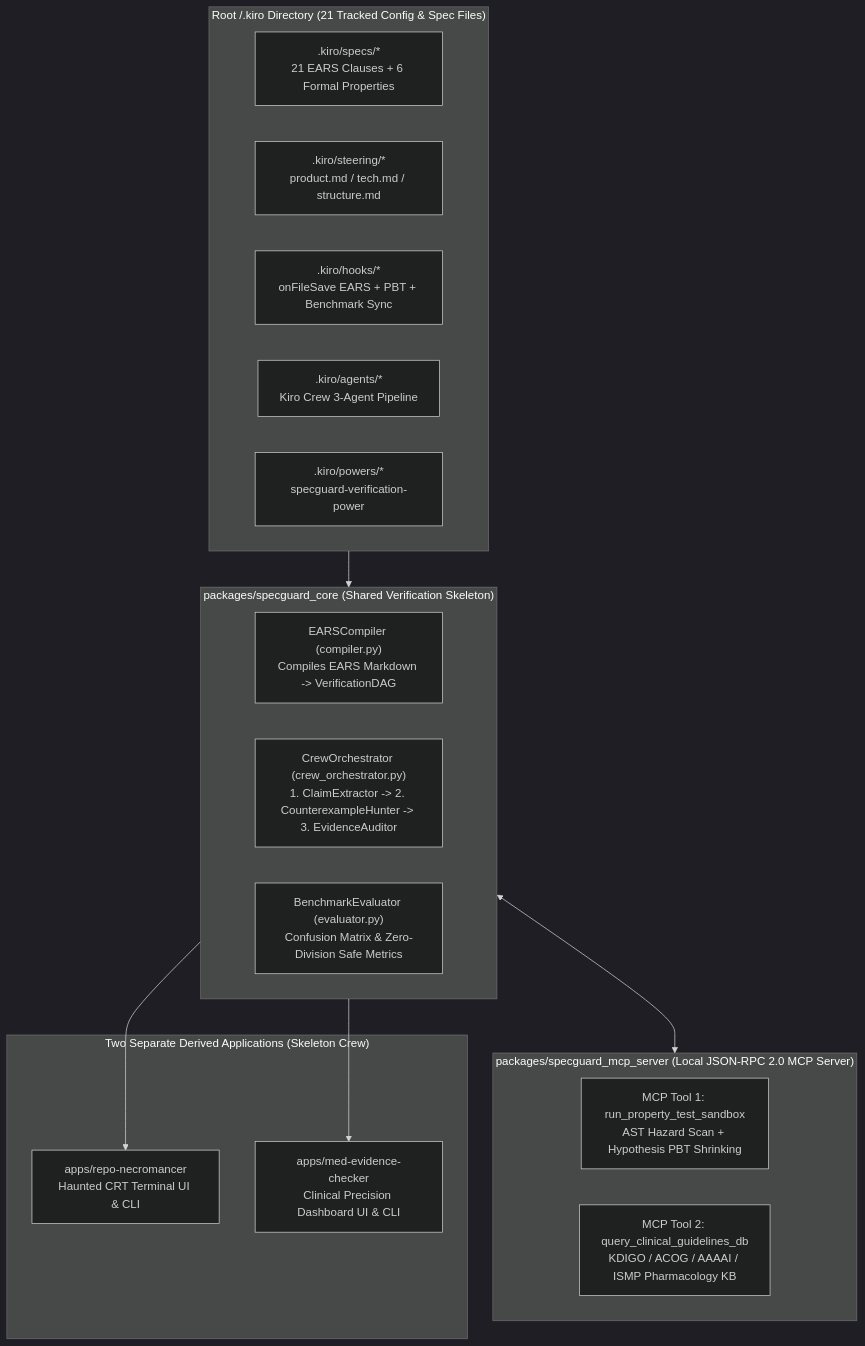
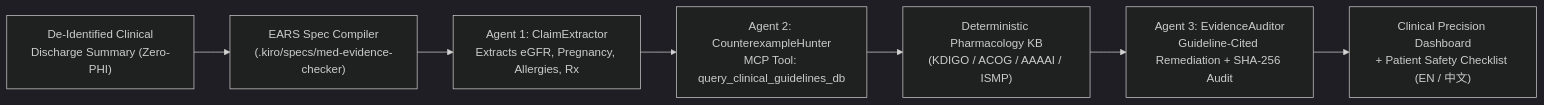
The diagram in README.md (Maybe2325/medevidence-checker), drawn with Mermaid (dark theme) before and after one commit. The commit also changed other lines of this file and 2 other files, not shown here.

Commit message:
feat(ai-for-medicine): configure MedEvidence-Checker repository with clinical default view and bilingual docs

````diff
--- a/README.md
+++ b/README.md
@@ -33,31 +36,9 @@
 ```mermaid
-flowchart TD
-    subgraph KiroRoot["Root /.kiro Directory (21 Tracked Config & Spec Files)"]
-        Specs[".kiro/specs/*<br/>21 EARS Clauses + 6 Formal Properties"]
-        Steering[".kiro/steering/*<br/>product.md / tech.md / structure.md"]
-        Hooks[".kiro/hooks/*<br/>onFileSave EARS + PBT + Benchmark Sync"]
-        Agents[".kiro/agents/*<br/>Kiro Crew 3-Agent Pipeline"]
-        Powers[".kiro/powers/*<br/>specguard-verification-power"]
-    end
-
-    subgraph CoreSkeleton["packages/specguard_core (Shared Verification Skeleton)"]
-        Compiler["EARSCompiler (compiler.py)<br/>Compiles EARS Markdown -> VerificationDAG"]
-        Crew["CrewOrchestrator (crew_orchestrator.py)<br/>1. ClaimExtractor -> 2. CounterexampleHunter -> 3. EvidenceAuditor"]
-        Eval["BenchmarkEvaluator (evaluator.py)<br/>Confusion Matrix & Zero-Division Safe Metrics"]
-    end
-
-    subgraph MCPServer["packages/specguard_mcp_server (Local JSON-RPC 2.0 MCP Server)"]
-        Tool1["MCP Tool 1: run_property_test_sandbox<br/>AST Hazard Scan + Hypothesis PBT Shrinking"]
-        Tool2["MCP Tool 2: query_clinical_guidelines_db<br/>KDIGO / ACOG / AAAAI / ISMP Pharmacology KB"]
-    end
-
-    subgraph DualApps["Two Separate Derived Applications (Skeleton Crew)"]
-        App1["apps/repo-necromancer<br/>Haunted CRT Terminal UI & CLI"]
-        App2["apps/med-evidence-checker<br/>Clinical Precision Dashboard UI & CLI"]
-    end
-
-    KiroRoot --> CoreSkeleton
-    CoreSkeleton <--> MCPServer
-    CoreSkeleton --> App1
-    CoreSkeleton --> App2
+flowchart LR
+    Note["De-Identified Clinical<br/>Discharge Summary (Zero-PHI)"] --> EARS["EARS Spec Compiler<br/>(.kiro/specs/med-evidence-checker)"]
+    EARS --> Agent1["Agent 1: ClaimExtractor<br/>Extracts eGFR, Pregnancy, Allergies, Rx"]
+    Agent1 --> Agent2["Agent 2: CounterexampleHunter<br/>MCP Tool: query_clinical_guidelines_db"]
+    Agent2 --> KB["Deterministic Pharmacology KB<br/>(KDIGO / ACOG / AAAAI / ISMP)"]
+    KB --> Agent3["Agent 3: EvidenceAuditor<br/>Guideline-Cited Remediation + SHA-256 Audit"]
+    Agent3 --> Output["Clinical Precision Dashboard<br/>+ Patient Safety Checklist (EN / 中文)"]
 ```
````
